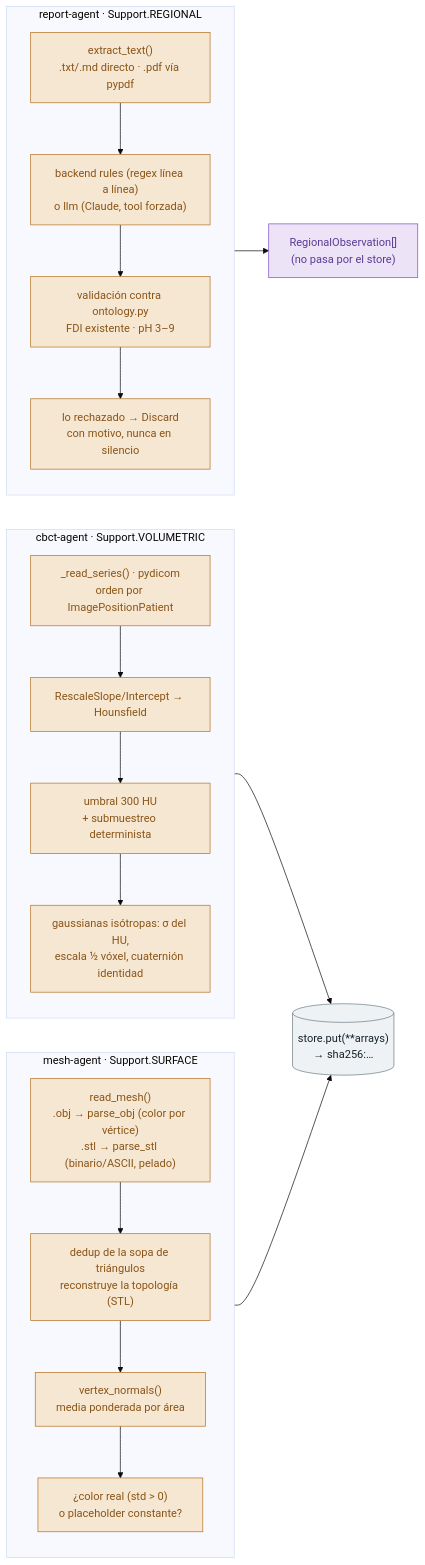
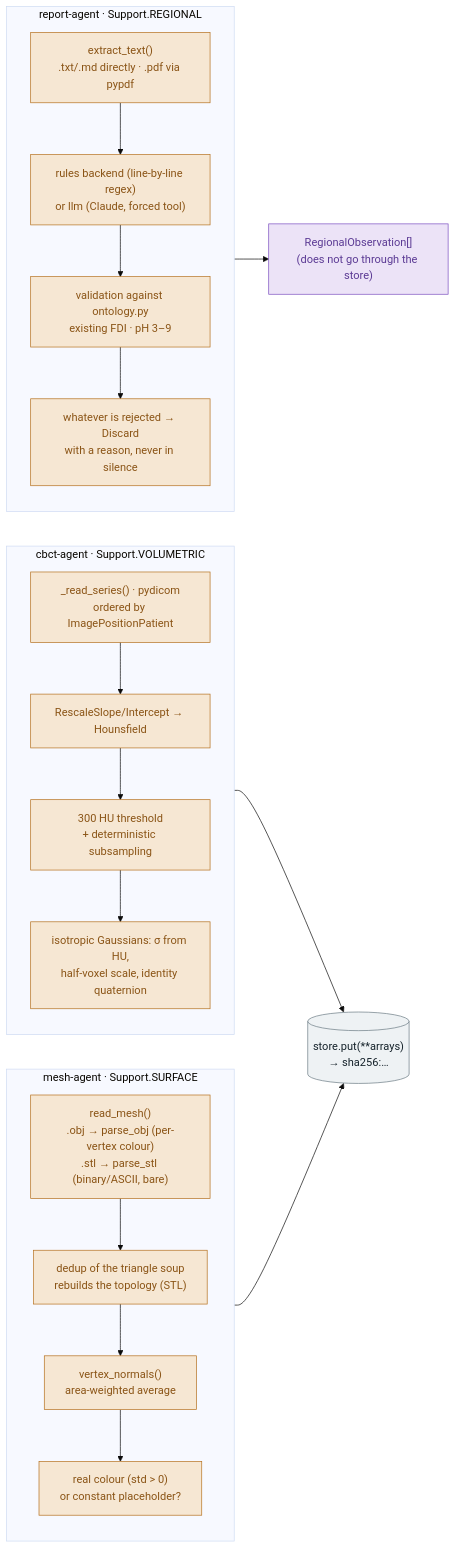
Before and after one commit to ANFAIA/Agentic-Smart-Health: the third of 4 diagrams in packages/ingestion-agents/README.md, drawn with Mermaid (base theme). The commit also changed other lines of this file and 3 other files, not shown here.

````diff
--- a/packages/ingestion-agents/README.md
+++ b/packages/ingestion-agents/README.md
@@ -122,40 +123,40 @@
 ```mermaid
 flowchart LR
   subgraph MESH["mesh-agent · Support.SURFACE"]
     direction TB
-    M1["read_mesh()<br/>.obj → parse_obj (color por vértice)<br/>.stl → parse_stl (binario/ASCII, pelado)"]
-    M2["dedup de la sopa de triángulos<br/>reconstruye la topología (STL)"]
-    M3["vertex_normals()<br/>media ponderada por área"]
-    M4["¿color real (std > 0)<br/>o placeholder constante?"]
+    M1["read_mesh()<br/>.obj → parse_obj (per-vertex colour)<br/>.stl → parse_stl (binary/ASCII, bare)"]
+    M2["dedup of the triangle soup<br/>rebuilds the topology (STL)"]
+    M3["vertex_normals()<br/>area-weighted average"]
+    M4["real colour (std > 0)<br/>or constant placeholder?"]
     M1 --> M2 --> M3 --> M4
   end
 
   subgraph CBCT["cbct-agent · Support.VOLUMETRIC"]
     direction TB
-    C1["_read_series() · pydicom<br/>orden por ImagePositionPatient"]
+    C1["_read_series() · pydicom<br/>ordered by ImagePositionPatient"]
     C2["RescaleSlope/Intercept → Hounsfield"]
-    C3["umbral 300 HU<br/>+ submuestreo determinista"]
-    C4["gaussianas isótropas: σ del HU,<br/>escala ½ vóxel, cuaternión identidad"]
+    C3["300 HU threshold<br/>+ deterministic subsampling"]
+    C4["isotropic Gaussians: σ from HU,<br/>half-voxel scale, identity quaternion"]
     C1 --> C2 --> C3 --> C4
   end
 
   subgraph REP["report-agent · Support.REGIONAL"]
     direction TB
-    R1["extract_text()<br/>.txt/.md directo · .pdf vía pypdf"]
-    R2["backend rules (regex línea a línea)<br/>o llm (Claude, tool forzada)"]
-    R3["validación contra ontology.py<br/>FDI existente · pH 3–9"]
-    R4["lo rechazado → Discard<br/>con motivo, nunca en silencio"]
+    R1["extract_text()<br/>.txt/.md directly · .pdf via pypdf"]
+    R2["rules backend (line-by-line regex)<br/>or llm (Claude, forced tool)"]
+    R3["validation against ontology.py<br/>existing FDI · pH 3–9"]
+    R4["whatever is rejected → Discard<br/>with a reason, never in silence"]
     R1 --> R2 --> R3 --> R4
   end
 
   M4 --> S[("store.put(**arrays)<br/>→ sha256:…")]
   C4 --> S
-  R4 --> O["RegionalObservation[]<br/>(no pasa por el store)"]
+  R4 --> O["RegionalObservation[]<br/>(does not go through the store)"]
 
   classDef proc fill:#f6e7d3,stroke:#b5701d,color:#8a5416;
   classDef file fill:#eef2f4,stroke:#6b7b83,color:#16232b;
   classDef out fill:#ece3f7,stroke:#7b4fc0,color:#5b3a94;
   class M1,M2,M3,M4,C1,C2,C3,C4,R1,R2,R3,R4 proc;
   class S file;
   class O out;
 ```
````
